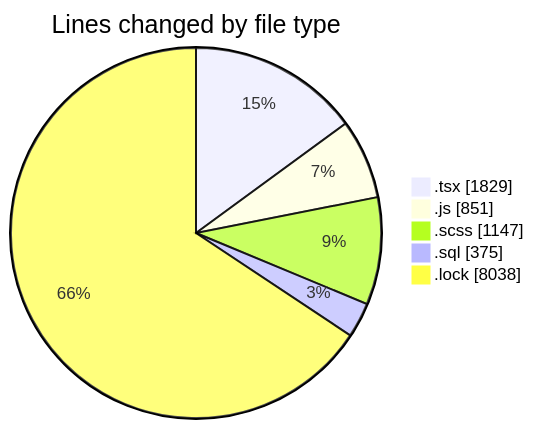
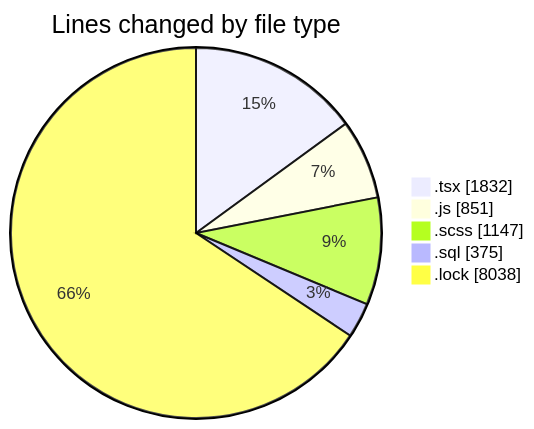
One commit to momahboobian/code-tracking changed the first of 2 diagrams in 2025-03-18/cda/README.md. Above: the diagram before and after it, drawn with Mermaid. The commit also changed other lines of this file and 1 other file, not shown here.

````diff
--- a/2025-03-18/cda/README.md
+++ b/2025-03-18/cda/README.md
@@ -34,9 +34,9 @@
 ```mermaid
 pie showData
 title Lines changed by file type
-".tsx" : 1829
+".tsx" : 1832
 ".js" : 851
 ".scss" : 1147
 ".sql" : 375
 ".lock" : 8038
 ```
````
